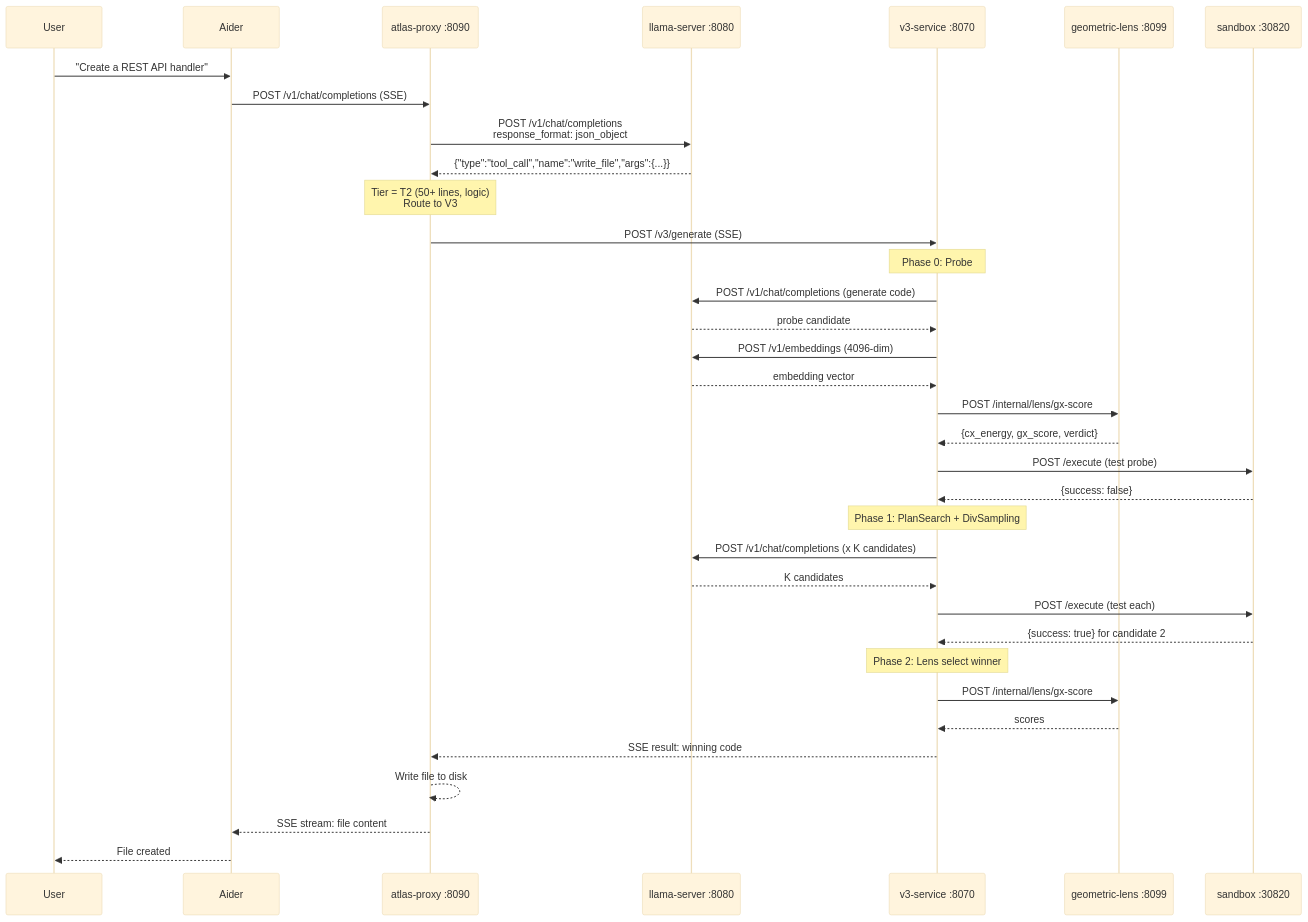
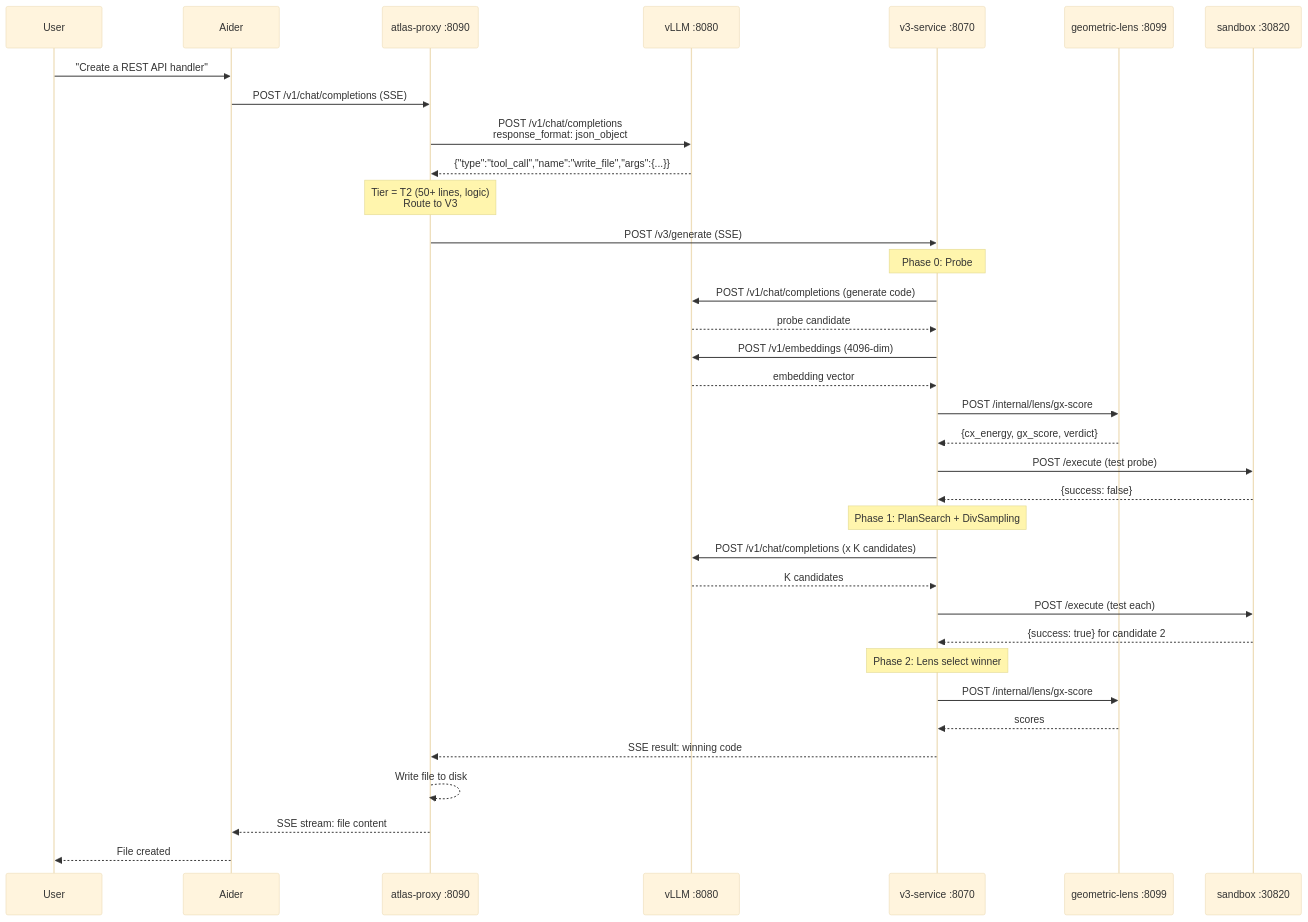
One commit to itigges22/ATLAS changed diagram 12 of 13 in docs/ARCHITECTURE.md. Above: the diagram before and after it, drawn with Mermaid (base theme). The commit also changed other lines of this file and 18 other files, not shown here.

First line of the commit message:
docs: sweep llama.cpp/llama-server references for vLLM (stage 10)

````diff
--- a/docs/ARCHITECTURE.md
+++ b/docs/ARCHITECTURE.md
@@ -516,42 +516,42 @@
 ```mermaid
 sequenceDiagram
     participant U as User
     participant A as Aider
     participant P as atlas-proxy :8090
-    participant L as llama-server :8080
+    participant L as vLLM :8080
     participant V as v3-service :8070
     participant G as geometric-lens :8099
     participant S as sandbox :30820
 
     U->>A: "Create a REST API handler"
     A->>P: POST /v1/chat/completions (SSE)
     P->>L: POST /v1/chat/completions<br/>response_format: json_object
     L-->>P: {"type":"tool_call","name":"write_file","args":{...}}
     Note over P: Tier = T2 (50+ lines, logic)<br/>Route to V3
 
     P->>V: POST /v3/generate (SSE)
     Note over V: Phase 0: Probe
     V->>L: POST /v1/chat/completions (generate code)
     L-->>V: probe candidate
     V->>L: POST /v1/embeddings (4096-dim)
     L-->>V: embedding vector
     V->>G: POST /internal/lens/gx-score
     G-->>V: {cx_energy, gx_score, verdict}
     V->>S: POST /execute (test probe)
     S-->>V: {success: false}
 
     Note over V: Phase 1: PlanSearch + DivSampling
     V->>L: POST /v1/chat/completions (x K candidates)
     L-->>V: K candidates
     V->>S: POST /execute (test each)
     S-->>V: {success: true} for candidate 2
 
     Note over V: Phase 2: Lens select winner
     V->>G: POST /internal/lens/gx-score
     G-->>V: scores
 
     V-->>P: SSE result: winning code
     P-->>P: Write file to disk
     P-->>A: SSE stream: file content
     A-->>U: File created
 ```
````
